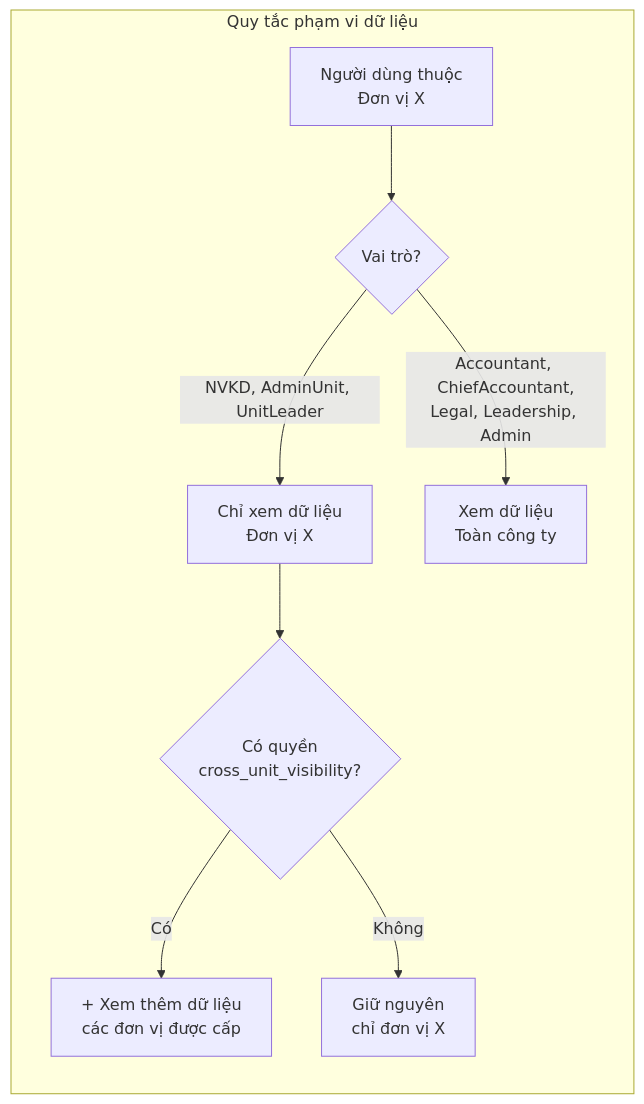
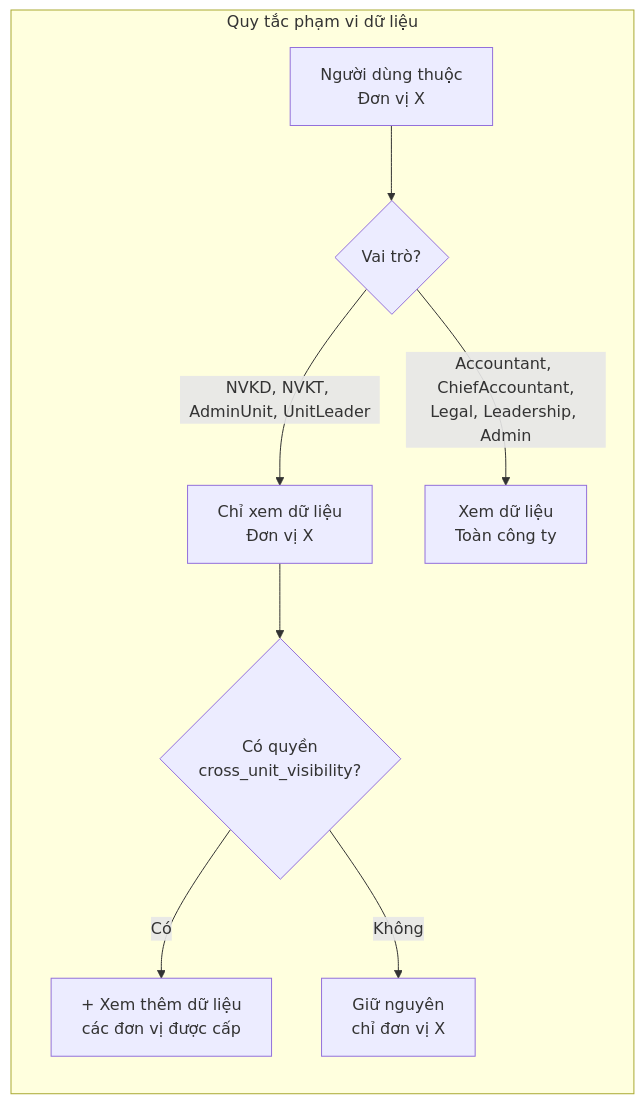
The second of 3 diagrams in PHANQUYENHETHONG.md (appdev-cmd/cic-erp), drawn with Mermaid before and after one commit. The commit also changed other lines of this file and 18 other files, not shown here.

````diff
--- a/PHANQUYENHETHONG.md
+++ b/PHANQUYENHETHONG.md
@@ -88,11 +90,11 @@
 ```mermaid
 graph LR
     subgraph "Quy tắc phạm vi dữ liệu"
         A["Người dùng thuộc<br/>Đơn vị X"] --> B{"Vai trò?"}
-        B -->|NVKD, AdminUnit, UnitLeader| C["Chỉ xem dữ liệu<br/>Đơn vị X"]
+        B -->|NVKD, NVKT, AdminUnit, UnitLeader| C["Chỉ xem dữ liệu<br/>Đơn vị X"]
         B -->|Accountant, ChiefAccountant,<br/>Legal, Leadership, Admin| D["Xem dữ liệu<br/>Toàn công ty"]
         C --> E{"Có quyền<br/>cross_unit_visibility?"}
         E -->|Có| F["+ Xem thêm dữ liệu<br/>các đơn vị được cấp"]
         E -->|Không| G["Giữ nguyên<br/>chỉ đơn vị X"]
     end
 ```
````
